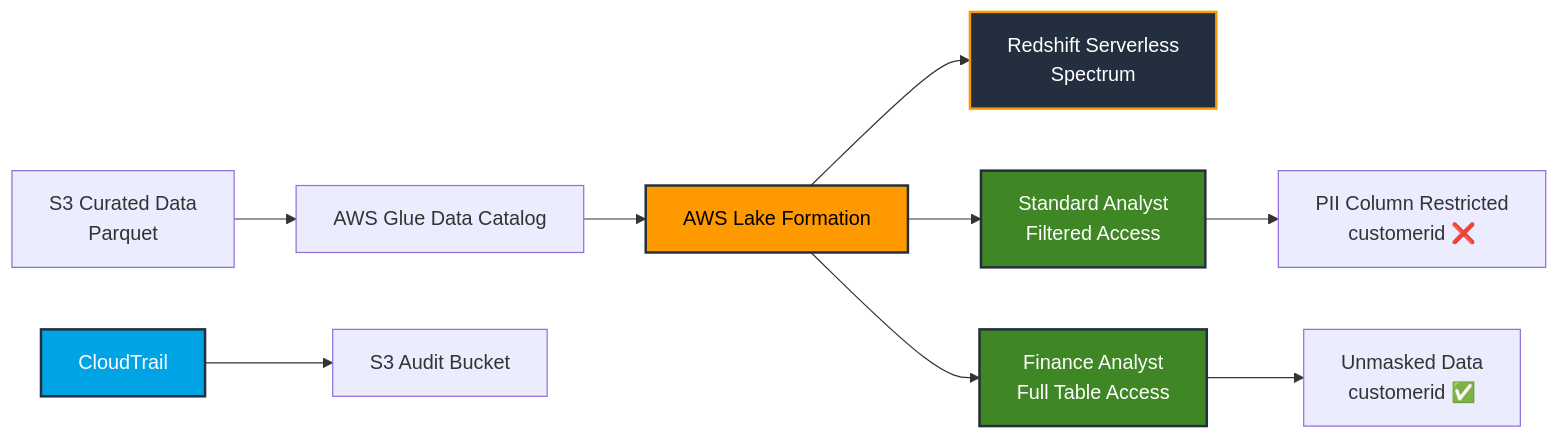
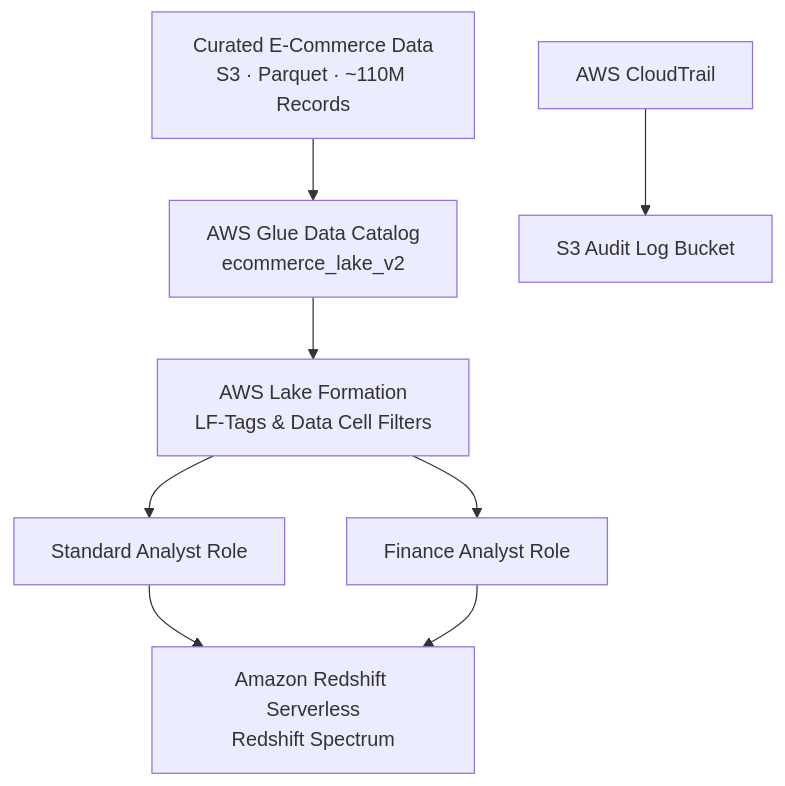
Before and after one commit to mismael04/enterprise-lakehouse-governance: the diagram in README.md, drawn with Mermaid. The commit also changed other lines of this file and 4 other files, not shown here.

````diff
--- a/README.md
+++ b/README.md
@@ -14,25 +20,19 @@
 ```mermaid
-graph LR
+flowchart TD
+    A["Curated E-Commerce Data<br/>S3 · Parquet · ~110M Records"]
+    B["AWS Glue Data Catalog<br/>ecommerce_lake_v2"]
+    C["AWS Lake Formation<br/>LF-Tags & Data Cell Filters"]
+    D["Standard Analyst Role"]
+    E["Finance Analyst Role"]
+    F["Amazon Redshift Serverless<br/>Redshift Spectrum"]
+    G["AWS CloudTrail"]
+    H["S3 Audit Log Bucket"]
 
-    A[S3 Curated Data<br/>Parquet] --> B[AWS Glue Data Catalog]
-
-    B --> C[AWS Lake Formation]
-
-    C --> D[Redshift Serverless<br/>Spectrum]
-
-    C --> E[Standard Analyst<br/>Filtered Access]
-
-    C --> F[Finance Analyst<br/>Full Table Access]
-
-    E --> G[PII Column Restricted<br/>customerid ❌]
-
-    F --> H[Unmasked Data<br/>customerid ✅]
-
-    I[CloudTrail] --> J[S3 Audit Bucket]
-
-    style C fill:#FF9900,stroke:#232F3E,stroke-width:2px,color:#000
-    style D fill:#232F3E,stroke:#FF9900,stroke-width:2px,color:#fff
-    style E fill:#3F8624,stroke:#232F3E,stroke-width:2px,color:#fff
-    style F fill:#3F8624,stroke:#232F3E,stroke-width:2px,color:#fff
-    style I fill:#00A4E4,stroke:#232F3E,stroke-width:2px,color:#fff
+    A --> B
+    B --> C
+    C --> D
+    C --> E
+    D --> F
+    E --> F
+    G --> H
 ```
````
